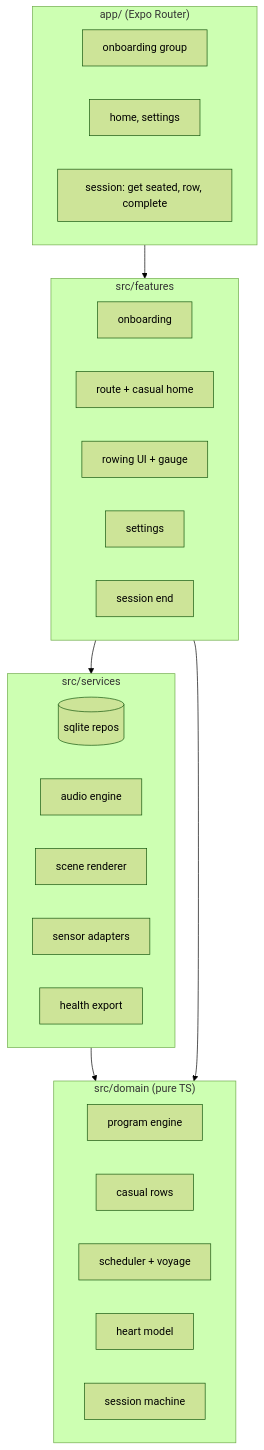
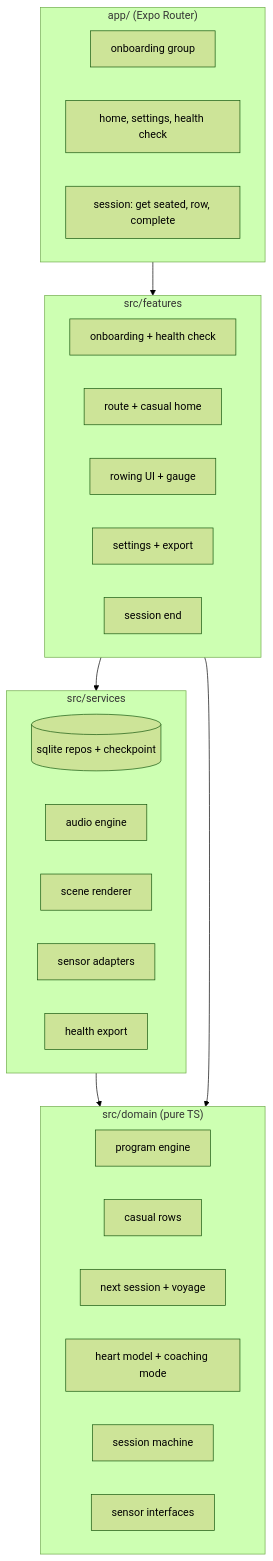
Before and after one commit to dsh971/Nord4x4: the first of 3 diagrams in docs/plans/2026-10-29-001-feat-nor4x4-expo-rebuild-plan.md, drawn with Mermaid (forest theme). The commit also changed other lines of this file, not shown here.

````diff
--- a/docs/plans/2026-10-29-001-feat-nor4x4-expo-rebuild-plan.md
+++ b/docs/plans/2026-10-29-001-feat-nor4x4-expo-rebuild-plan.md
@@ -144,31 +199,32 @@
 ```mermaid
 flowchart TB
   subgraph Routes["app/ (Expo Router)"]
     OB[onboarding group]
-    MAIN[home, settings]
+    MAIN[home, settings, health check]
     SES[session: get seated, row, complete]
   end
   subgraph Features["src/features"]
-    FOB[onboarding]
+    FOB[onboarding + health check]
     FRT[route + casual home]
     FROW[rowing UI + gauge]
-    FSET[settings]
+    FSET[settings + export]
     FEND[session end]
   end
   subgraph Services["src/services"]
-    DB[(sqlite repos)]
+    DB[(sqlite repos + checkpoint)]
     AUD[audio engine]
     SCN[scene renderer]
     BLE[sensor adapters]
     HK[health export]
   end
   subgraph Domain["src/domain (pure TS)"]
     PRG[program engine]
     CAS[casual rows]
-    SCH[scheduler + voyage]
-    HR[heart model]
+    SCH[next session + voyage]
+    HR[heart model + coaching mode]
     SM[session machine]
+    SEN[sensor interfaces]
   end
   Routes --> Features --> Services --> Domain
   Features --> Domain
 ```
````
